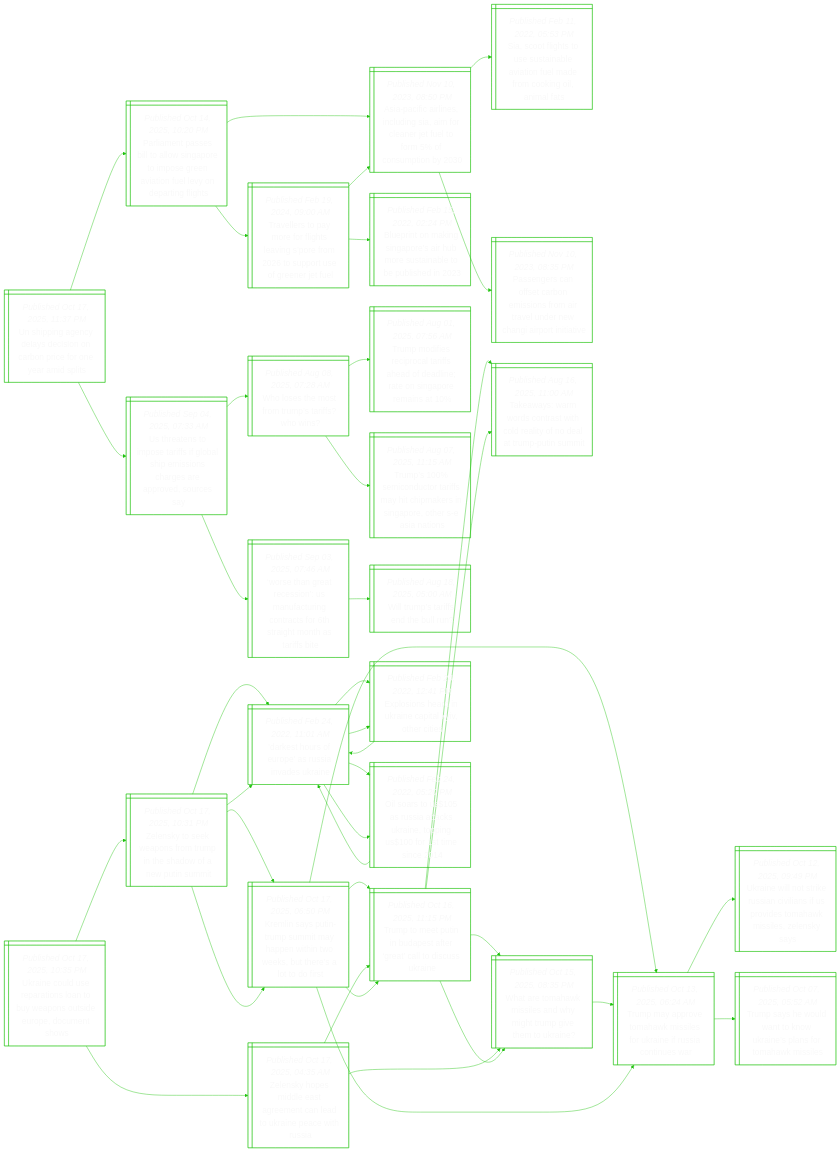
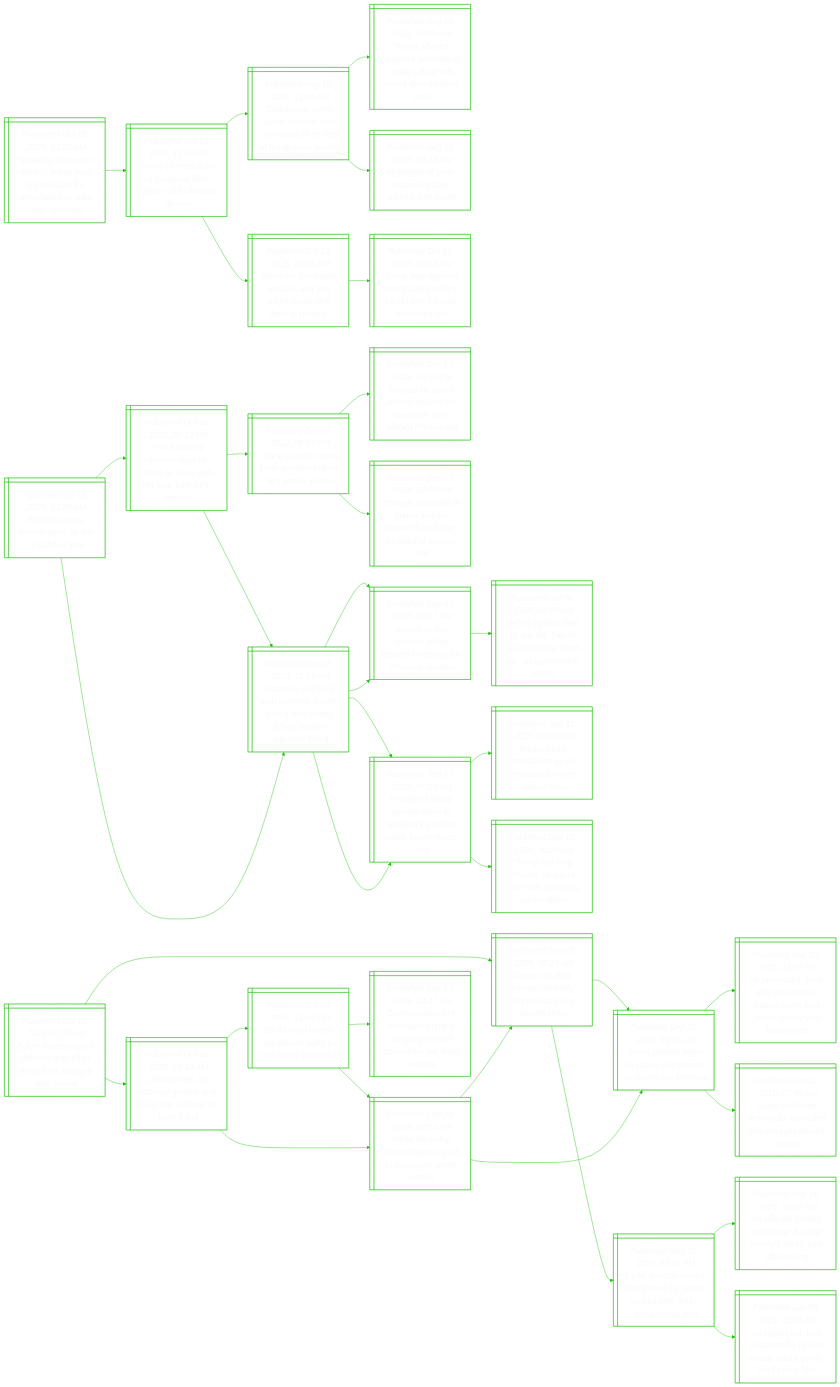
One commit to notJmes/notJmes changed the diagram in README.md. Above: the diagram before and after it, drawn with Mermaid. The commit also changed other lines of this file, not shown here.

````diff
--- a/README.md
+++ b/README.md
@@ -16,130 +16,115 @@
 flowchart LR
 classDef txtsize font-size:20px;
 
-Upayyiobireii@{ shape: win-pane, label: "_Published Oct 17, 2025, 11:37 PM_
-Un shipping agency delays decision on carbon price for one year amid splits" }
-Papstogeprvoloagh@{ shape: win-pane, label: "_Published Oct 14, 2025, 10:20 PM_
-Parliament passes bill to allow singapore to impose green aviation fuel levy on departing flights" }
-AaciniAoaelropb@{ shape: win-pane, label: "_Published Nov 10, 2023, 08:50 PM_
-Asia-pacific airlines, including sia, aim for cleaner jet fuel to form 5% of consumption by 2030" }
-Soitsietudmilas@{ shape: win-pane, label: "_Published Feb 11, 2022, 05:53 PM_
-Sia, scoot flights to use sustainable aviation fuel made from cooking oil, animal fats" }
-PncfaeirreeCioii@{ shape: win-pane, label: "_Published Nov 10, 2023, 08:35 PM_
-Passengers can offset carbon emissions from air travel under new changi airport initiative" }
-Tltmogegetpsrru@{ shape: win-pane, label: "_Published Feb 19, 2024, 09:00 AM_
-Travellers to pay more for flights leaving s’pore from 2026 to support use of greener jet fuel" }
-AaciniAoaelropb@{ shape: win-pane, label: "_Published Nov 10, 2023, 08:50 PM_
-Asia-pacific airlines, including sia, aim for cleaner jet fuel to form 5% of consumption by 2030" }
-Brnngehrtbbld@{ shape: win-pane, label: "_Published Feb 15, 2022, 02:24 PM_
-Blueprint on making singapore's air hub more sustainable to be published in 2023" }
-Uespasohinrrrse@{ shape: win-pane, label: "_Published Sep 04, 2025, 07:33 AM_
-Us threatens to impose tariffs if global ship emissions charges are approved, sources say" }
-Wsefrtfw@{ shape: win-pane, label: "_Published Aug 08, 2025, 07:28 AM_
-Who loses the most from trump’s tariffs? who wins?" }
-Tmiccraodrnarn@{ shape: win-pane, label: "_Published Aug 01, 2025, 07:56 AM_
-Trump modifies reciprocal tariffs ahead of deadline; rate on singapore remains at 10%" }
-TsccasipriohAas@{ shape: win-pane, label: "_Published Aug 07, 2025, 11:15 AM_
-Trump’s 100% semiconductor tariffs may hit chipmakers in singapore, other s-e asia nations" }
-Wtreimainttamaii@{ shape: win-pane, label: "_Published Sep 03, 2025, 07:46 AM_
-‘worse than great recession’: us manufacturing contracts for 6th straight month as tariffs bite" }
-Wrtftl@{ shape: win-pane, label: "_Published Aug 18, 2025, 05:00 AM_
-Will trump’s tariffs end the bull run?" }
-
-Upayyiobireii:::txtsize --> Papstogeprvoloagh:::txtsize
-Papstogeprvoloagh:::txtsize --> AaciniAoaelropb:::txtsize
-AaciniAoaelropb:::txtsize --> Soitsietudmilas:::txtsize
-AaciniAoaelropb:::txtsize --> PncfaeirreeCioii:::txtsize
-Papstogeprvoloagh:::txtsize --> Tltmogegetpsrru:::txtsize
-Tltmogegetpsrru:::txtsize --> AaciniAoaelropb:::txtsize
-Tltmogegetpsrru:::txtsize --> Brnngehrtbbld:::txtsize
-Upayyiobireii:::txtsize --> Uespasohinrrrse:::txtsize
-Uespasohinrrrse:::txtsize --> Wsefrtfw:::txtsize
-Wsefrtfw:::txtsize --> Tmiccraodrnarn:::txtsize
-Wsefrtfw:::txtsize --> TsccasipriohAas:::txtsize
-Uespasohinrrrse:::txtsize --> Wtreimainttamaii:::txtsize
-Wtreimainttamaii:::txtsize --> Wrtftl:::txtsize
-
-Unlrastwnsudeo@{ shape: win-pane, label: "_Published Oct 17, 2025, 10:35 PM_
-Ukraine could use reparations loan to buy weapons outside europe, document shows" }
-ZssesTisweim@{ shape: win-pane, label: "_Published Oct 17, 2025, 10:31 PM_
-Zelensky to seek weapons from trump in the shadow of a new putin summit" }
-Kisnpihniwbelds@{ shape: win-pane, label: "_Published Oct 17, 2025, 06:50 PM_
-Kremlin says putin-trump summit may happen within two weeks, but there’s a lot to do first" }
-Tttndtrttcke@{ shape: win-pane, label: "_Published Oct 16, 2025, 11:15 PM_
-Trump to meet putin in budapest after ‘great’ call to discuss ukraine" }
-TmpTasskesour@{ shape: win-pane, label: "_Published Oct 13, 2025, 06:24 AM_
-Trump may approve tomahawk missiles for ukraine if russia continues war" }
-DsruasvUn@{ shape: win-pane, label: "_Published Feb 24, 2022, 11:01 AM_
-'darkest hours of europe' as russia invades ukraine" }
-Eshiaalocs@{ shape: win-pane, label: "_Published Feb 24, 2022, 12:41 PM_
-Explosions heard in ukraine capital kyiv, other cities" }
-OaUuakaogrmc@{ shape: win-pane, label: "_Published Feb 24, 2022, 05:20 PM_
-Oil soars to us$105 as russia attacks ukraine, topping us$100 for 1st time since 2014" }
-Zspdarnloiats@{ shape: win-pane, label: "_Published Oct 17, 2025, 04:35 AM_
-Zelensky hopes middle east agreement can lead to ukraine peace with russia" }
+HuhnduytoTansZs@{ shape: win-pane, label: "_Published Oct 18, 2025, 03:27 AM_
+‘hopefully they won’t need it’: trump says it’s too soon for tomahawks in talks with zelensky" }
 Tttndtrttcke@{ shape: win-pane, label: "_Published Oct 16, 2025, 11:15 PM_
 Trump to meet putin in budapest after ‘great’ call to discuss ukraine" }
 Twarntceydtpni@{ shape: win-pane, label: "_Published Aug 16, 2025, 11:00 AM_
 Takeaways: warm words contrast with cold reality of no deal at trump-putin summit" }
-Wramldirieke@{ shape: win-pane, label: "_Published Oct 15, 2025, 08:35 PM_
-What are tomahawk missiles and why might trump give them to ukraine?" }
+TaeaZsmdisfegn@{ shape: win-pane, label: "_Published Aug 16, 2025, 07:20 AM_
+Trump advises ukraine’s zelensky to ‘make a deal’ with russia after meeting putin" }
+Hioittrihp@{ shape: win-pane, label: "_Published Aug 16, 2025, 08:34 AM_
+Highlights of putin statement after summit with trump" }
 Wramldirieke@{ shape: win-pane, label: "_Published Oct 15, 2025, 08:35 PM_
 What are tomahawk missiles and why might trump give them to ukraine?" }
 TmpTasskesour@{ shape: win-pane, label: "_Published Oct 13, 2025, 06:24 AM_
 Trump may approve tomahawk missiles for ukraine if russia continues war" }
 
-Unlrastwnsudeo:::txtsize --> ZssesTisweim:::txtsize
-ZssesTisweim:::txtsize --> Kisnpihniwbelds:::txtsize
-Kisnpihniwbelds:::txtsize --> Tttndtrttcke:::txtsize
-Kisnpihniwbelds:::txtsize --> TmpTasskesour:::txtsize
-ZssesTisweim:::txtsize --> DsruasvUn:::txtsize
-DsruasvUn:::txtsize --> Eshiaalocs:::txtsize
-DsruasvUn:::txtsize --> OaUuakaogrmc:::txtsize
-Unlrastwnsudeo:::txtsize --> Zspdarnloiats:::txtsize
-Zspdarnloiats:::txtsize --> Tttndtrttcke:::txtsize
+HuhnduytoTansZs:::txtsize --> Tttndtrttcke:::txtsize
 Tttndtrttcke:::txtsize --> Twarntceydtpni:::txtsize
+Twarntceydtpni:::txtsize --> TaeaZsmdisfegn:::txtsize
+Twarntceydtpni:::txtsize --> Hioittrihp:::txtsize
 Tttndtrttcke:::txtsize --> Wramldirieke:::txtsize
-Zspdarnloiats:::txtsize --> Wramldirieke:::txtsize
 Wramldirieke:::txtsize --> TmpTasskesour:::txtsize
 
-ZssesTisweim@{ shape: win-pane, label: "_Published Oct 17, 2025, 10:31 PM_
-Zelensky to seek weapons from trump in the shadow of a new putin summit" }
-Kisnpihniwbelds@{ shape: win-pane, label: "_Published Oct 17, 2025, 06:50 PM_
-Kremlin says putin-trump summit may happen within two weeks, but there’s a lot to do first" }
-Tttndtrttcke@{ shape: win-pane, label: "_Published Oct 16, 2025, 11:15 PM_
-Trump to meet putin in budapest after ‘great’ call to discuss ukraine" }
-Twarntceydtpni@{ shape: win-pane, label: "_Published Aug 16, 2025, 11:00 AM_
-Takeaways: warm words contrast with cold reality of no deal at trump-putin summit" }
-Wramldirieke@{ shape: win-pane, label: "_Published Oct 15, 2025, 08:35 PM_
-What are tomahawk missiles and why might trump give them to ukraine?" }
-TmpTasskesour@{ shape: win-pane, label: "_Published Oct 13, 2025, 06:24 AM_
-Trump may approve tomahawk missiles for ukraine if russia continues war" }
-UnltRaispdmkieks@{ shape: win-pane, label: "_Published Oct 12, 2025, 09:49 PM_
-Ukraine will not strike russian civilians if us provides tomahawk missiles, zelensky says" }
-Tsedtwiloaml@{ shape: win-pane, label: "_Published Oct 07, 2025, 05:52 AM_
-Trump says he would want to know ukraine’s plans for tomahawk missiles" }
-DsruasvUn@{ shape: win-pane, label: "_Published Feb 24, 2022, 11:01 AM_
-'darkest hours of europe' as russia invades ukraine" }
-Eshiaalocs@{ shape: win-pane, label: "_Published Feb 24, 2022, 12:41 PM_
-Explosions heard in ukraine capital kyiv, other cities" }
-DsruasvUn@{ shape: win-pane, label: "_Published Feb 24, 2022, 11:01 AM_
-'darkest hours of europe' as russia invades ukraine" }
-OaUuakaogrmc@{ shape: win-pane, label: "_Published Feb 24, 2022, 05:20 PM_
-Oil soars to us$105 as russia attacks ukraine, topping us$100 for 1st time since 2014" }
-DsruasvUn@{ shape: win-pane, label: "_Published Feb 24, 2022, 11:01 AM_
-'darkest hours of europe' as russia invades ukraine" }
+BiinguluY@{ shape: win-pane, label: "_Published Oct 18, 2025, 03:26 AM_
+Britain’s prince andrew gives up title of duke of york" }
+Peeuaaaehatho@{ shape: win-pane, label: "_Published Oct 16, 2025, 06:12 PM_
+Prince andrew accuser says he acted as if sex with her was ‘birthright’: memoir" }
+Ltdiruooscr@{ shape: win-pane, label: "_Published Dec 15, 2024, 08:55 PM_
+Latest scandal raises fresh questions about uk’s prince andrew" }
+SaPeekeloldey@{ shape: win-pane, label: "_Published Dec 14, 2024, 06:15 PM_
+Scandal-hit prince andrew back in the headlines over alleged chinese spy" }
+CsoeinbdBiaaur@{ shape: win-pane, label: "_Published Dec 13, 2024, 03:08 AM_
+Chinese associate of prince andrew banned from britain as national security risk" }
+CtnkheYvalJetuen@{ shape: win-pane, label: "_Published Sep 23, 2025, 12:56 AM_
+Charities end links with duchess of york over e-mail calling jeffrey epstein ‘supreme friend’" }
+VmeeJetoisear@{ shape: win-pane, label: "_Published Sep 04, 2025, 02:07 AM_
+Victims of sex offender jeffrey epstein compiling list of sexual abusers" }
+PsbpnogssseTv@{ shape: win-pane, label: "_Published Sep 17, 2025, 07:09 AM_
+Protesters beam epstein video at england’s windsor castle before trump visit" }
+CtnkheYvalJetuen@{ shape: win-pane, label: "_Published Sep 23, 2025, 12:56 AM_
+Charities end links with duchess of york over e-mail calling jeffrey epstein ‘supreme friend’" }
+VmeeJetoisear@{ shape: win-pane, label: "_Published Sep 04, 2025, 02:07 AM_
+Victims of sex offender jeffrey epstein compiling list of sexual abusers" }
+Jetisdntigntvem@{ shape: win-pane, label: "_Published Jul 08, 2025, 04:02 AM_
+Jeffrey epstein died by suicide, has no sex trafficking ‘client list’: us government memo" }
+PsbpnogssseTv@{ shape: win-pane, label: "_Published Sep 17, 2025, 07:09 AM_
+Protesters beam epstein video at england’s windsor castle before trump visit" }
+Bikdnasopns@{ shape: win-pane, label: "_Published Sep 11, 2025, 06:03 PM_
+Britain sacks mandelson as us ambassador over epstein links" }
+Tanrefeoirls@{ shape: win-pane, label: "_Published Sep 15, 2025, 10:20 AM_
+Trump and king charles: heads of state with opposing personalities" }
 
-ZssesTisweim:::txtsize --> Kisnpihniwbelds:::txtsize
-Kisnpihniwbelds:::txtsize --> Tttndtrttcke:::txtsize
-Tttndtrttcke:::txtsize --> Twarntceydtpni:::txtsize
-Tttndtrttcke:::txtsize --> Wramldirieke:::txtsize
-Kisnpihniwbelds:::txtsize --> TmpTasskesour:::txtsize
-TmpTasskesour:::txtsize --> UnltRaispdmkieks:::txtsize
-TmpTasskesour:::txtsize --> Tsedtwiloaml:::txtsize
-ZssesTisweim:::txtsize --> DsruasvUn:::txtsize
-DsruasvUn:::txtsize --> Eshiaalocs:::txtsize
-Eshiaalocs:::txtsize --> DsruasvUn:::txtsize
-DsruasvUn:::txtsize --> OaUuakaogrmc:::txtsize
-OaUuakaogrmc:::txtsize --> DsruasvUn:::txtsize
+BiinguluY:::txtsize --> Peeuaaaehatho:::txtsize
+Peeuaaaehatho:::txtsize --> Ltdiruooscr:::txtsize
+Ltdiruooscr:::txtsize --> SaPeekeloldey:::txtsize
+Ltdiruooscr:::txtsize --> CsoeinbdBiaaur:::txtsize
+Peeuaaaehatho:::txtsize --> CtnkheYvalJetuen:::txtsize
+CtnkheYvalJetuen:::txtsize --> VmeeJetoisear:::txtsize
+CtnkheYvalJetuen:::txtsize --> PsbpnogssseTv:::txtsize
+BiinguluY:::txtsize --> CtnkheYvalJetuen:::txtsize
+CtnkheYvalJetuen:::txtsize --> VmeeJetoisear:::txtsize
+VmeeJetoisear:::txtsize --> Jetisdntigntvem:::txtsize
+CtnkheYvalJetuen:::txtsize --> PsbpnogssseTv:::txtsize
+PsbpnogssseTv:::txtsize --> Bikdnasopns:::txtsize
+PsbpnogssseTv:::txtsize --> Tanrefeoirls:::txtsize
+
+Bnshfttroawr@{ shape: win-pane, label: "_Published Oct 18, 2025, 01:31 AM_
+Bolton faces tougher defence than other trump foes charged with crimes" }
+Frhorahdurcc@{ shape: win-pane, label: "_Published Sep 26, 2025, 08:10 AM_
+Former fbi chief comey criminally charged as trump targets critics" }
+TpcgJcanhhe@{ shape: win-pane, label: "_Published Sep 21, 2025, 09:36 AM_
+Trump publicly urges us justice department to charge his enemies" }
+UsoeestrueeeLie@{ shape: win-pane, label: "_Published Sep 20, 2025, 11:09 PM_
+Us prosecutor ‘fired’ after pressure to charge trump foes james comey and letitia james" }
+AcTmtwrnslm@{ shape: win-pane, label: "_Published Oct 04, 2019, 07:45 AM_
+Adam schiff: the democratic lawmaker who enrages donald trump" }
+Edtmteyevvceo@{ shape: win-pane, label: "_Published May 17, 2025, 03:04 AM_
+Ex-fbi director comey interviewed by secret service over ‘8647’ social media post" }
+UisitmIfyttp@{ shape: win-pane, label: "_Published May 16, 2025, 09:45 AM_
+Us officials looking into former fbi chief comey’s ‘8647’ post about trump" }
+Uiiwaipatbhra@{ shape: win-pane, label: "_Published Jan 08, 2021, 12:03 PM_
+Us capitol riot: how social media helped enable attack by die-hard trump fans" }
+Lieteenmitrf@{ shape: win-pane, label: "_Published Oct 10, 2025, 05:43 AM_
+Letitia james, ny attorney general and trump foe, indicted for bank fraud" }
+EcCpsuiepe@{ shape: win-pane, label: "_Published Oct 08, 2025, 11:53 PM_
+Ex-fbi chief comey pleads not guilty in case trump pushed for" }
+Ierdsiupcao@{ shape: win-pane, label: "_Published Sep 28, 2025, 07:54 AM_
+Inside the trump administration’s push to prosecute james comey" }
+Citearcicoisgp@{ shape: win-pane, label: "_Published Sep 27, 2025, 04:47 AM_
+Comey indictment escalates trump’s campaign to chill opposition, say legal experts" }
+Ierdsiupcao@{ shape: win-pane, label: "_Published Sep 28, 2025, 07:54 AM_
+Inside the trump administration’s push to prosecute james comey" }
+Frhorahdurcc@{ shape: win-pane, label: "_Published Sep 26, 2025, 08:10 AM_
+Former fbi chief comey criminally charged as trump targets critics" }
+TpcgJcanhhe@{ shape: win-pane, label: "_Published Sep 21, 2025, 09:36 AM_
+Trump publicly urges us justice department to charge his enemies" }
+
+Bnshfttroawr:::txtsize --> Frhorahdurcc:::txtsize
+Frhorahdurcc:::txtsize --> TpcgJcanhhe:::txtsize
+TpcgJcanhhe:::txtsize --> UsoeestrueeeLie:::txtsize
+TpcgJcanhhe:::txtsize --> AcTmtwrnslm:::txtsize
+Frhorahdurcc:::txtsize --> Edtmteyevvceo:::txtsize
+Edtmteyevvceo:::txtsize --> UisitmIfyttp:::txtsize
+Edtmteyevvceo:::txtsize --> Uiiwaipatbhra:::txtsize
+Bnshfttroawr:::txtsize --> Lieteenmitrf:::txtsize
+Lieteenmitrf:::txtsize --> EcCpsuiepe:::txtsize
+EcCpsuiepe:::txtsize --> Ierdsiupcao:::txtsize
+EcCpsuiepe:::txtsize --> Citearcicoisgp:::txtsize
+Lieteenmitrf:::txtsize --> Ierdsiupcao:::txtsize
+Ierdsiupcao:::txtsize --> Frhorahdurcc:::txtsize
+Ierdsiupcao:::txtsize --> TpcgJcanhhe:::txtsize
 
 ```
````
